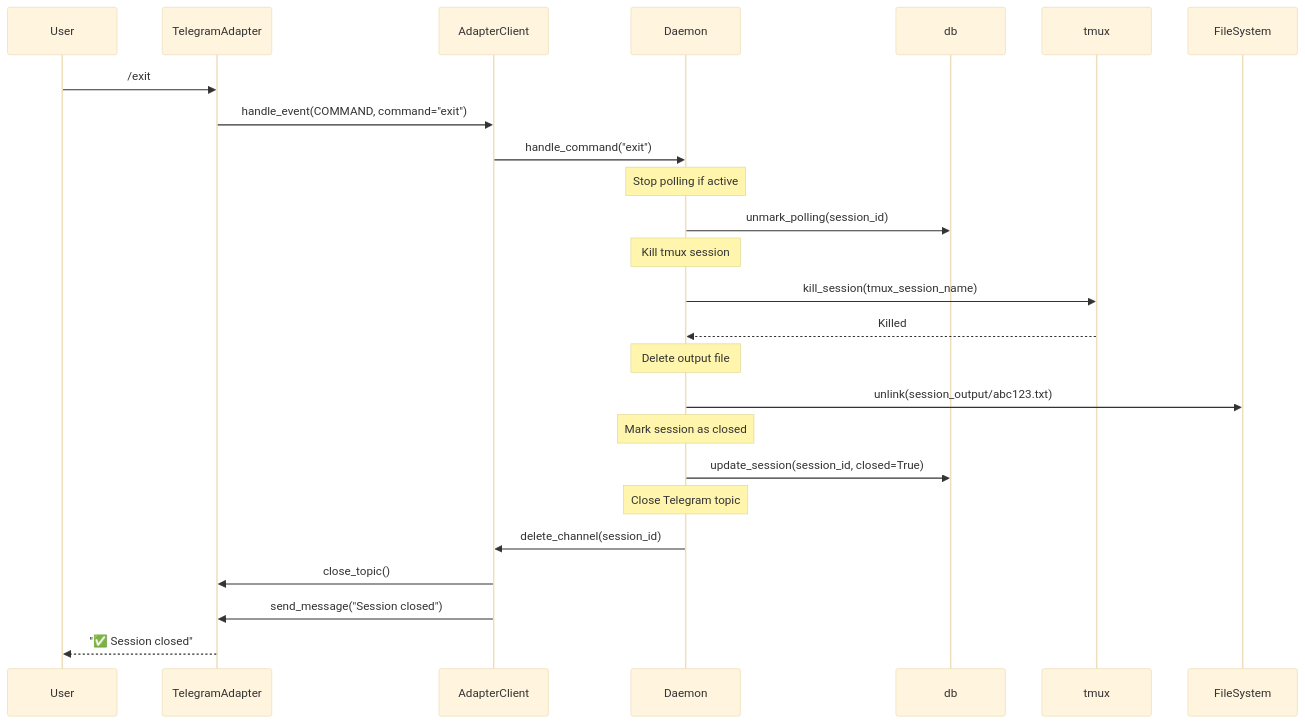
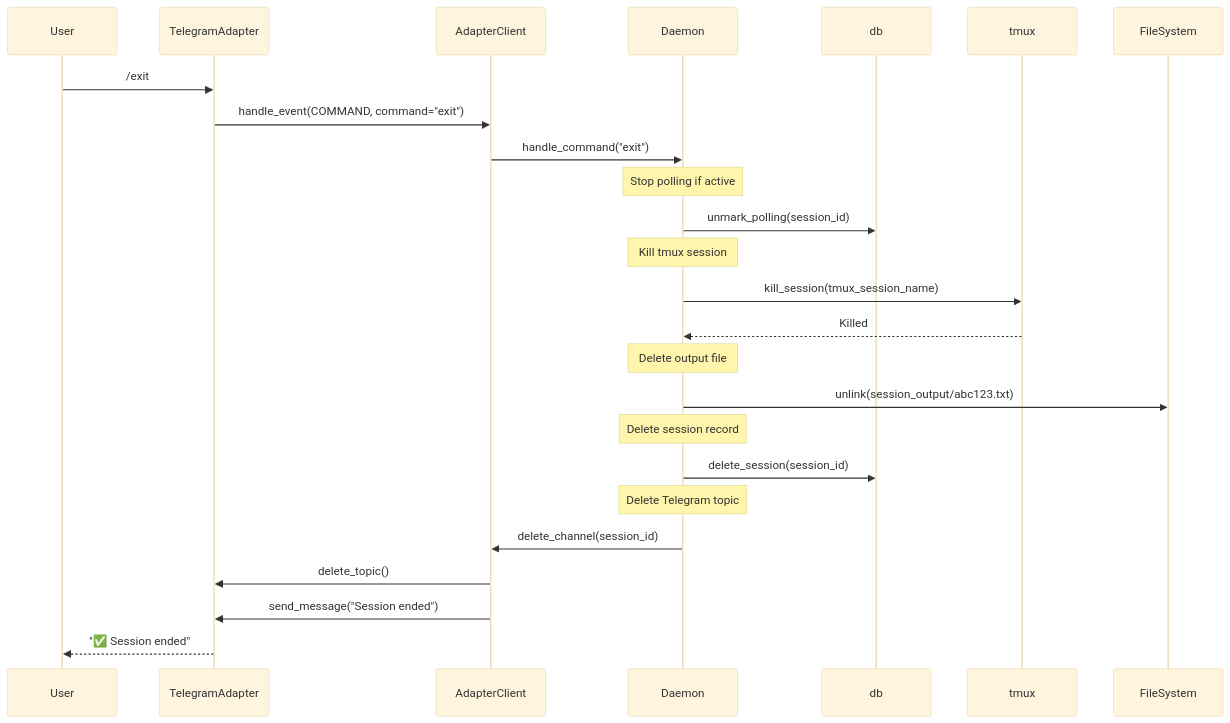
One commit to InstruktAI/TeleClaude changed the tenth of 14 diagrams in docs/use_cases.md. Above: the diagram before and after it, drawn with Mermaid (base theme). The commit also changed other lines of this file and 42 other files, not shown here.

````diff
--- a/docs/use_cases.md
+++ b/docs/use_cases.md
@@ -521,34 +521,34 @@
 ```mermaid
 sequenceDiagram
     participant User
     participant TG as TelegramAdapter
     participant Client as AdapterClient
     participant Daemon
     participant DB as db
     participant tmux
     participant FS as FileSystem
 
     User->>TG: /exit
     TG->>Client: handle_event(COMMAND, command="exit")
     Client->>Daemon: handle_command("exit")
 
     Note over Daemon: Stop polling if active
     Daemon->>DB: unmark_polling(session_id)
 
     Note over Daemon: Kill tmux session
     Daemon->>tmux: kill_session(tmux_session_name)
     tmux-->>Daemon: Killed
 
     Note over Daemon: Delete output file
     Daemon->>FS: unlink(session_output/abc123.txt)
 
-    Note over Daemon: Mark session as closed
-    Daemon->>DB: update_session(session_id, closed=True)
+    Note over Daemon: Delete session record
+    Daemon->>DB: delete_session(session_id)
 
-    Note over Daemon: Close Telegram topic
+    Note over Daemon: Delete Telegram topic
     Daemon->>Client: delete_channel(session_id)
-    Client->>TG: close_topic()
+    Client->>TG: delete_topic()
 
-    Client->>TG: send_message("Session closed")
-    TG-->>User: "✅ Session closed"
+    Client->>TG: send_message("Session ended")
+    TG-->>User: "✅ Session ended"
 ```
````
